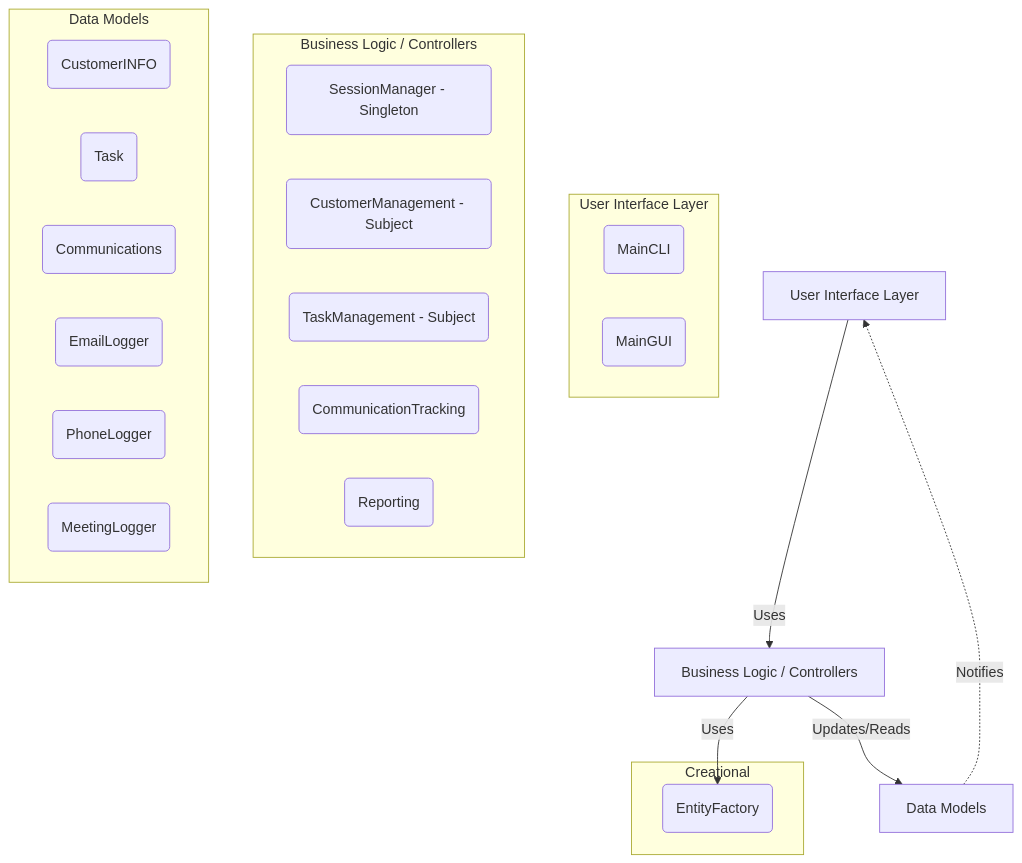
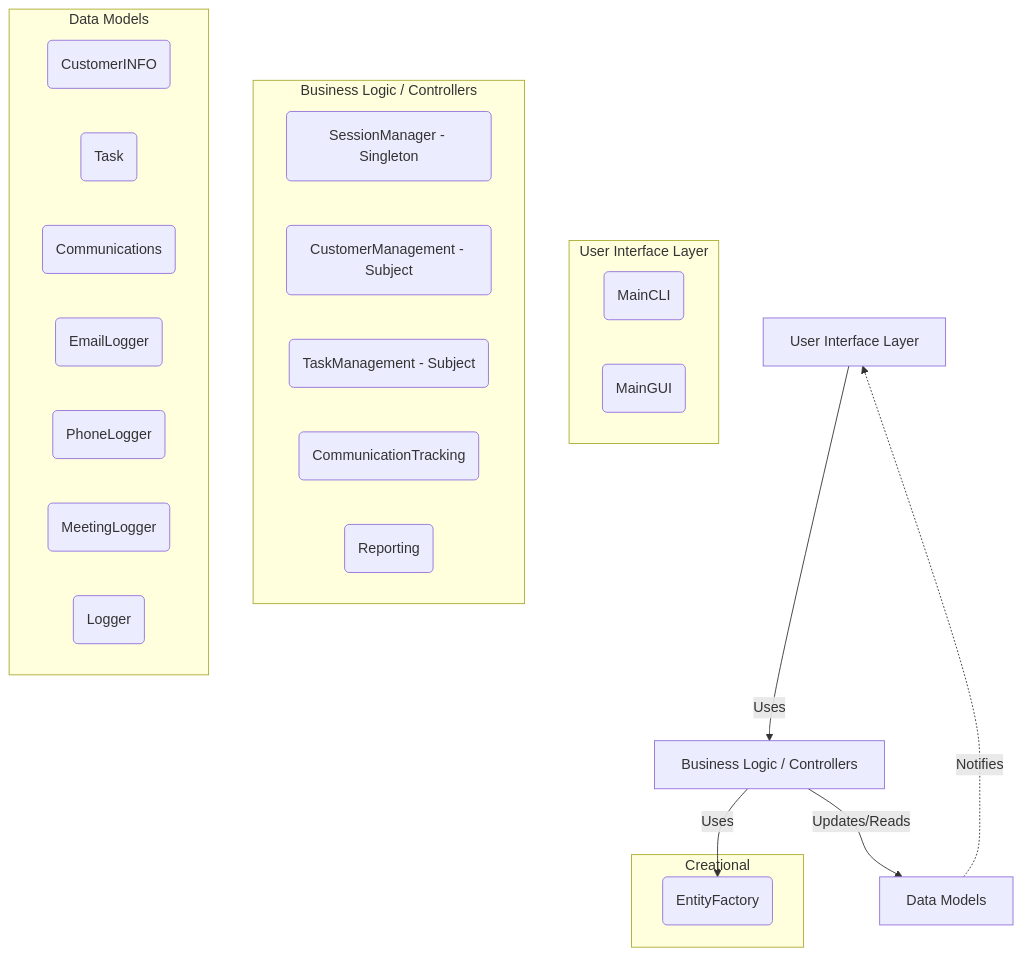
Before and after one commit to lagom7890/OOP_coursework: the first of 2 diagrams in README.md, drawn with Mermaid. The commit also changed other lines of this file and 1 other file, not shown here.

````diff
--- a/README.md
+++ b/README.md
@@ -28,33 +28,34 @@
 ```mermaid
 graph TD
     UI[User Interface Layer] -->|Uses| Controllers[Business Logic / Controllers]
     Controllers -->|Uses| Factory[Entity Factory]
     Controllers -->|Updates/Reads| Models[Data Models]
     Models -.->|Notifies| UI
 
     subgraph User Interface Layer
         CLI(MainCLI)
         GUI(MainGUI)
     end
 
     subgraph Business Logic / Controllers
         Session(SessionManager - Singleton)
         CM(CustomerManagement - Subject)
         TM(TaskManagement - Subject)
         CT(CommunicationTracking)
         Rep(Reporting)
     end
 
     subgraph Data Models
         CI(CustomerINFO)
         Task(Task)
         Comm(Communications)
         EL(EmailLogger)
         PL(PhoneLogger)
         ML(MeetingLogger)
+        Log(Logger)
     end
     
     subgraph Creational
         Factory(EntityFactory)
     end
 ```
````
